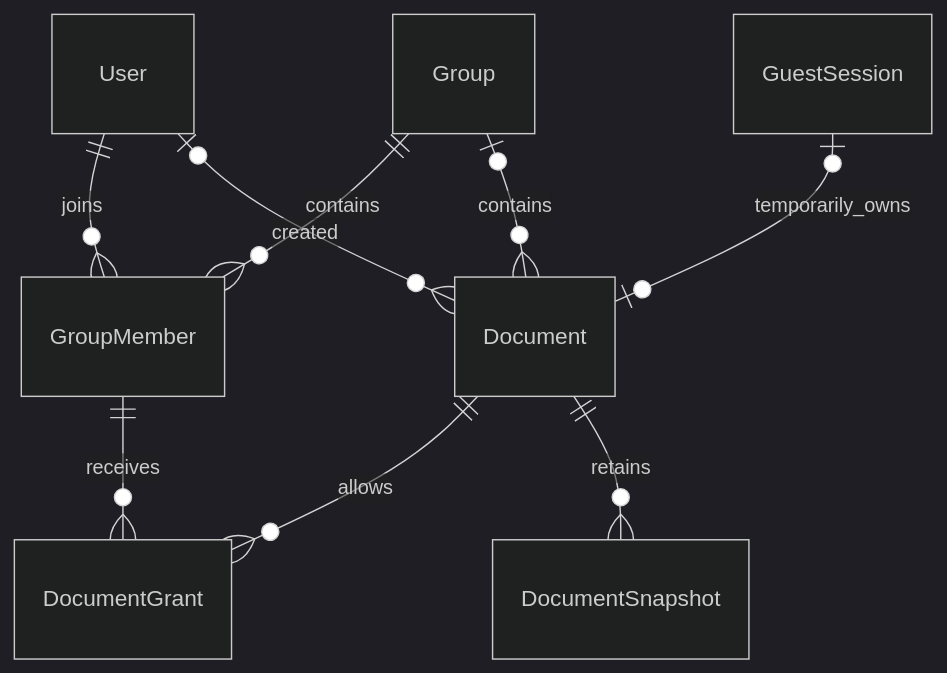
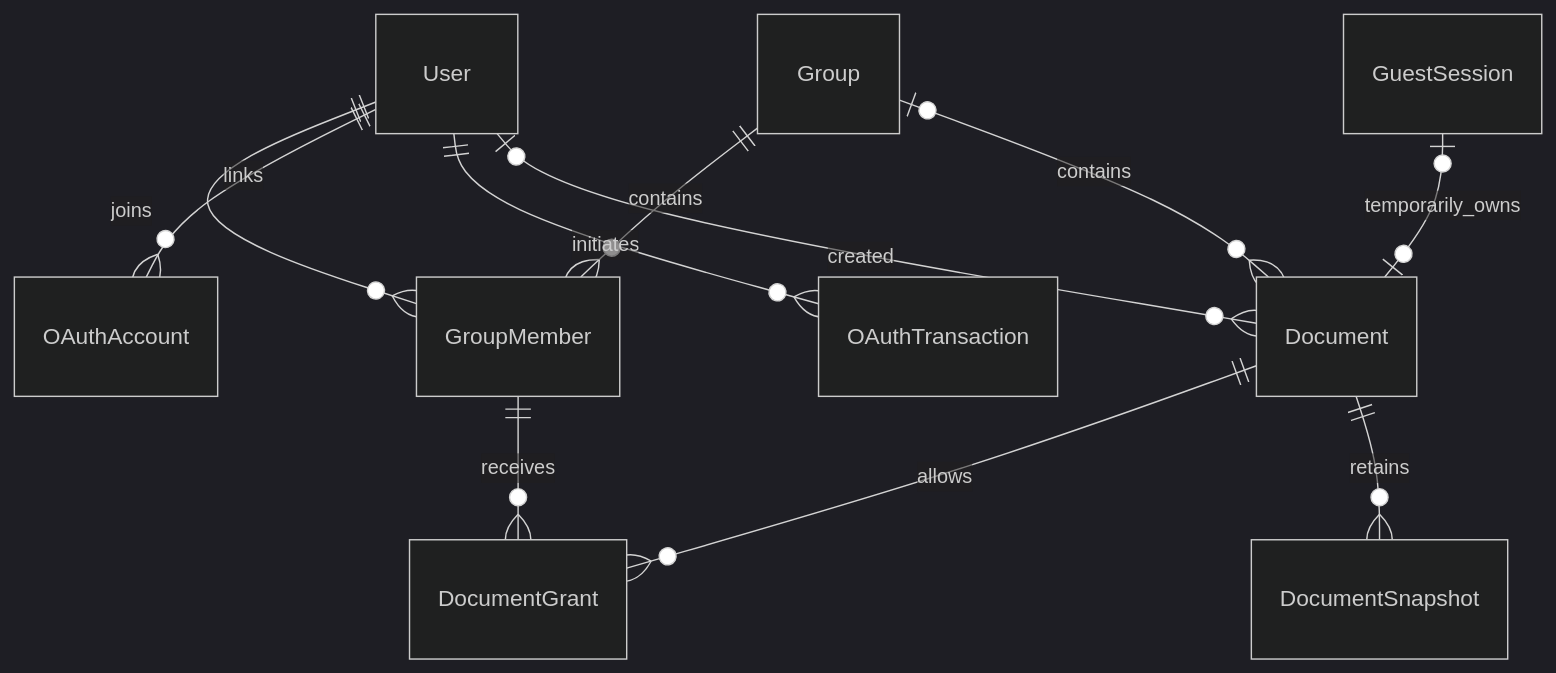
One commit to ArchCipher/42-ft_transcendence changed the second of 2 diagrams in README.md. Above: the diagram before and after it, drawn with Mermaid (dark theme). The commit also changed other lines of this file and 1 other file, not shown here.

````diff
--- a/README.md
+++ b/README.md
@@ -204,12 +168,14 @@
 ```mermaid
 erDiagram
     direction TB
     User ||--o{ GroupMember : joins
+    User ||--o{ OAuthAccount : links
+    User ||--o{ OAuthTransaction : initiates
     Group ||--o{ GroupMember : contains
     Group |o--o{ Document : contains
     User |o--o{ Document : created
     GuestSession |o--o| Document : temporarily_owns
     GroupMember ||--o{ DocumentGrant : receives
     Document ||--o{ DocumentGrant : allows
     Document ||--o{ DocumentSnapshot : retains
 ```
````
